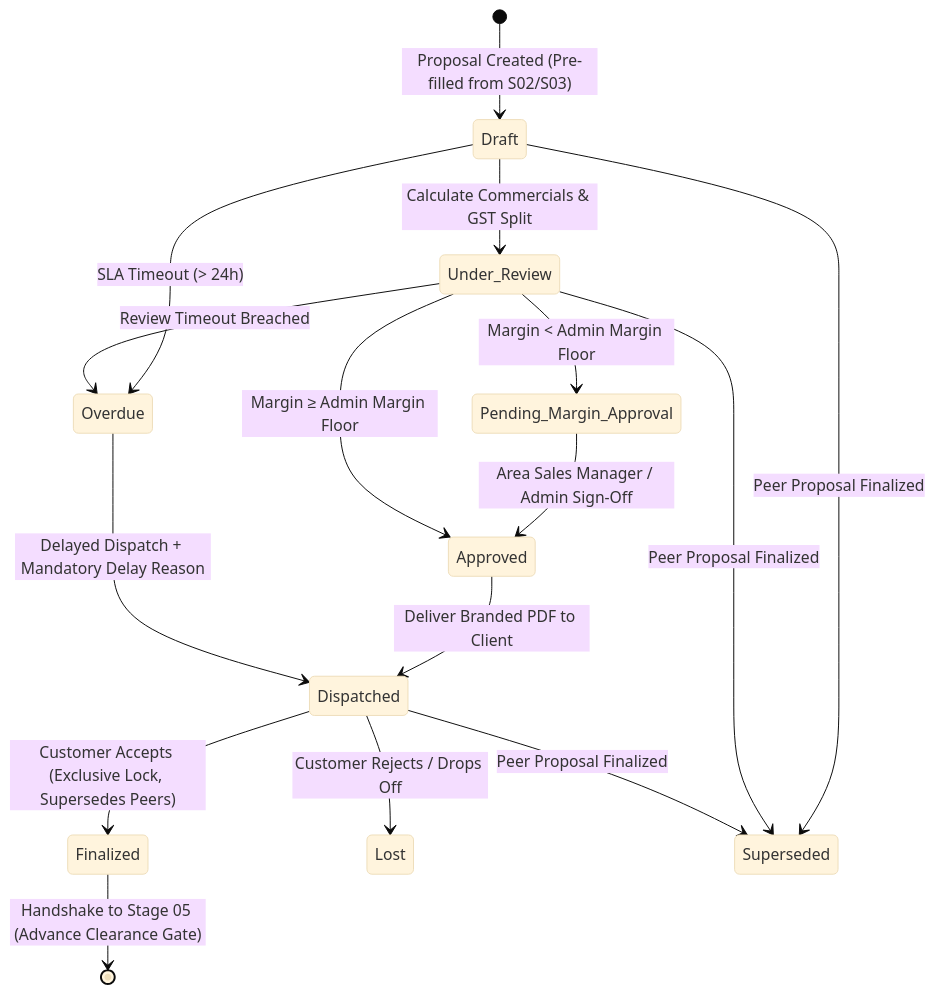
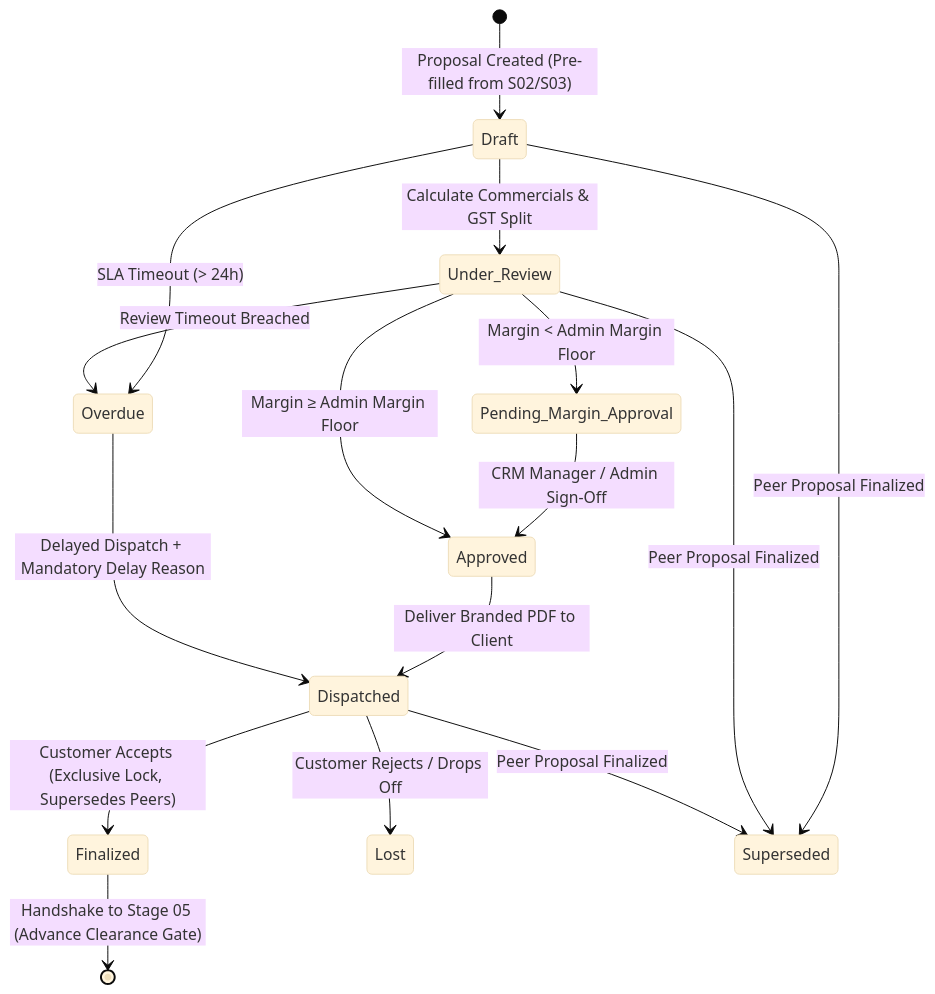
Before and after one commit to cbdits-yogesh/solar_module_planning_docs: the diagram in step_plans/STEP_04_PROPOSAL_SUBSIDY_SPECIFICATION.md, drawn with Mermaid (base theme). The commit also changed other lines of this file and 20 other files, not shown here.

````diff
--- a/step_plans/STEP_04_PROPOSAL_SUBSIDY_SPECIFICATION.md
+++ b/step_plans/STEP_04_PROPOSAL_SUBSIDY_SPECIFICATION.md
@@ -234,18 +234,18 @@
 ```mermaid
 stateDiagram-v2
     [*] --> Draft: Proposal Created (Pre-filled from S02/S03)
     Draft --> Under_Review: Calculate Commercials & GST Split
     Under_Review --> Pending_Margin_Approval: Margin < Admin Margin Floor
-    Pending_Margin_Approval --> Approved: Area Sales Manager / Admin Sign-Off
+    Pending_Margin_Approval --> Approved: CRM Manager / Admin Sign-Off
     Under_Review --> Approved: Margin ≥ Admin Margin Floor
     Approved --> Dispatched: Deliver Branded PDF to Client
     Dispatched --> Finalized: Customer Accepts (Exclusive Lock, Supersedes Peers)
     Dispatched --> Lost: Customer Rejects / Drops Off
     Draft --> Superseded: Peer Proposal Finalized
     Under_Review --> Superseded: Peer Proposal Finalized
     Dispatched --> Superseded: Peer Proposal Finalized
     Draft --> Overdue: SLA Timeout (> 24h)
     Under_Review --> Overdue: Review Timeout Breached
     Overdue --> Dispatched: Delayed Dispatch + Mandatory Delay Reason
     Finalized --> [*]: Handshake to Stage 05 (Advance Clearance Gate)
 ```
````
